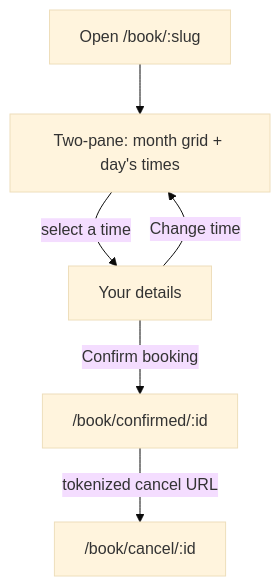
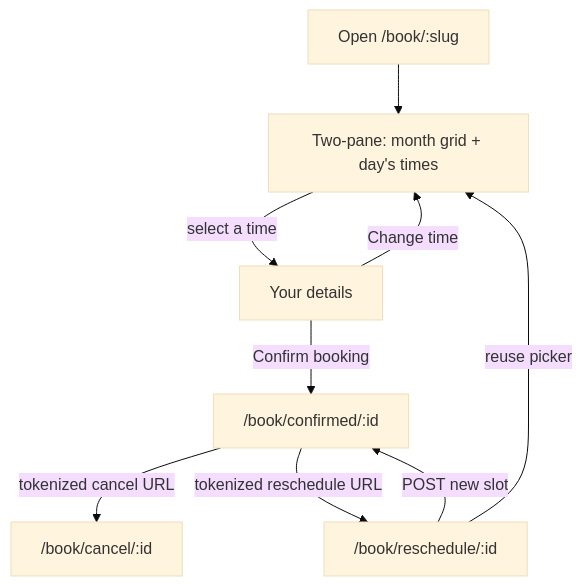
One commit to SwitchbackTech/compass changed the first of 2 diagrams in docs/features/booking.md. Above: the diagram before and after it, drawn with Mermaid (base theme). The commit also changed other lines of this file and 3 other files, not shown here.

````diff
--- a/docs/features/booking.md
+++ b/docs/features/booking.md
@@ -88,13 +93,17 @@
 ```mermaid
 flowchart TD
   load["Open /book/:slug"]
   picker["Two-pane: month grid + day's times"]
   details["Your details"]
   permalink["/book/confirmed/:id"]
   cancel["/book/cancel/:id"]
+  reschedule["/book/reschedule/:id"]
   load --> picker
   picker -->|select a time| details
   details -->|Change time| picker
   details -->|Confirm booking| permalink
   permalink -->|tokenized cancel URL| cancel
+  permalink -->|tokenized reschedule URL| reschedule
+  reschedule -->|reuse picker| picker
+  reschedule -->|POST new slot| permalink
 ```
````
